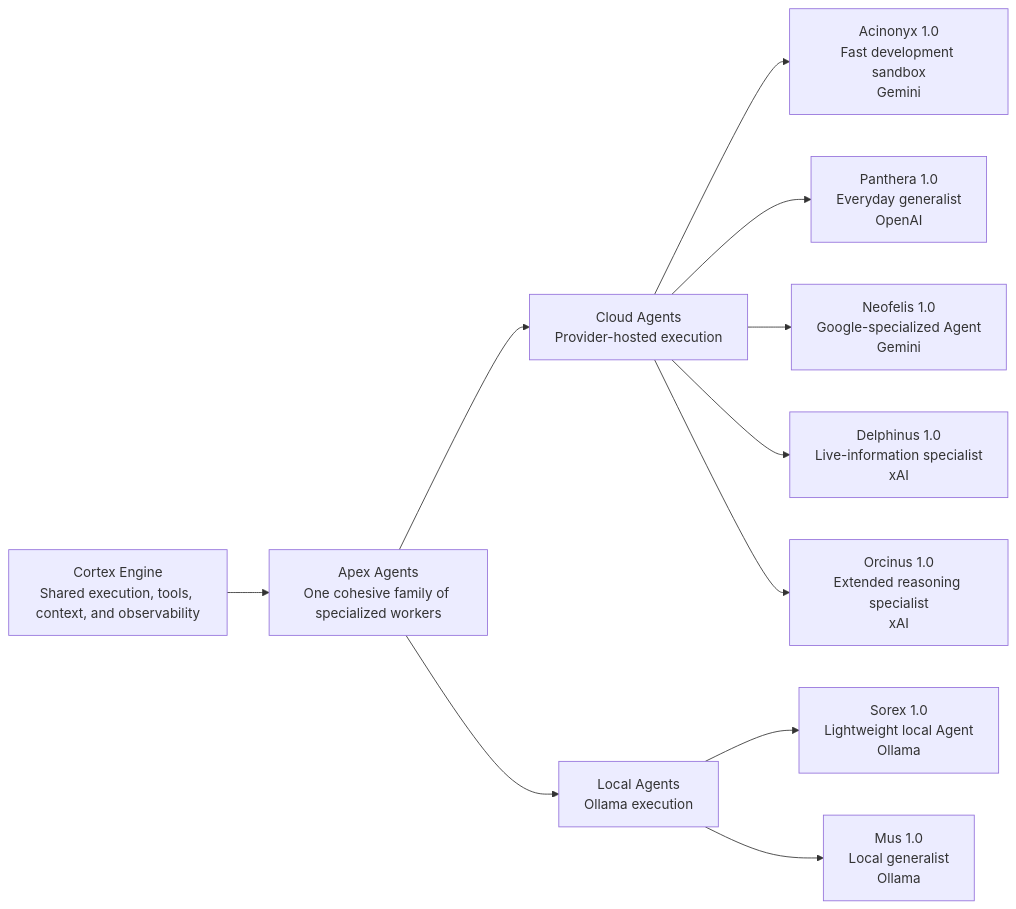
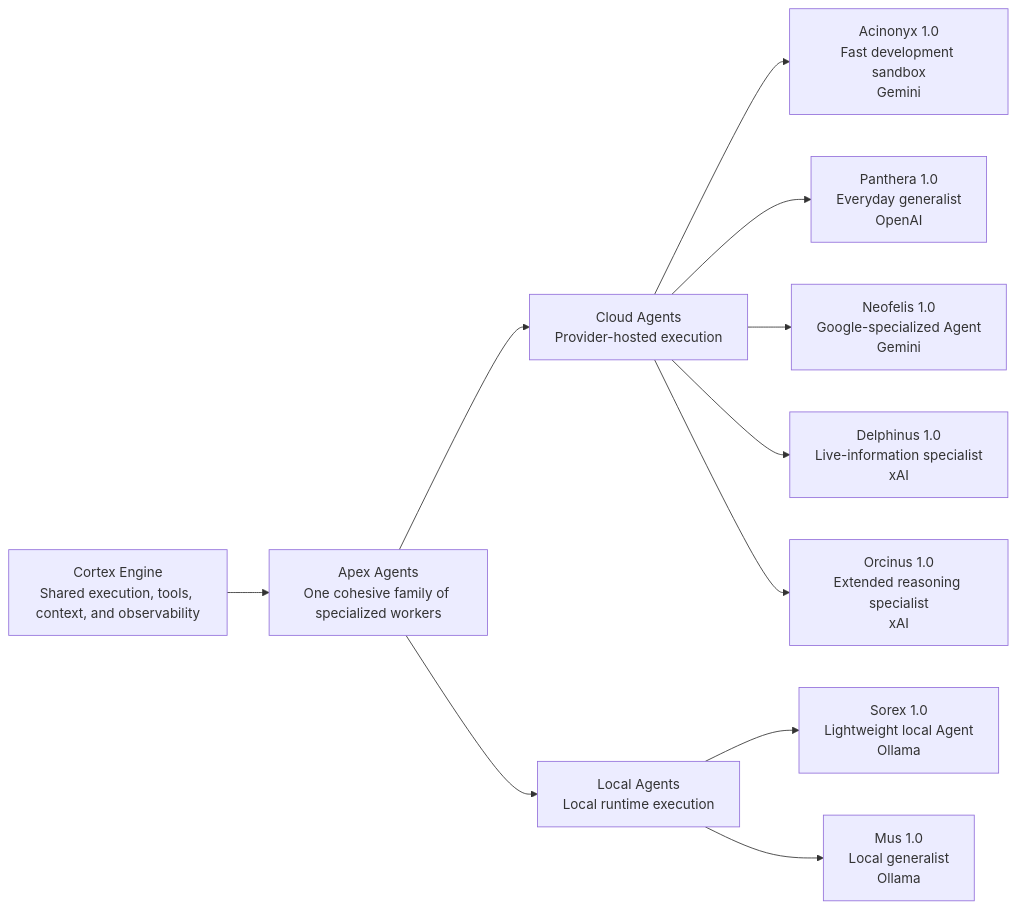
One commit to edumarcano/APEX changed the diagram in docs/identity-and-naming.md. Above: the diagram before and after it, drawn with Mermaid. The commit also changed 48 other files, not shown here.

First line of the commit message:
feat: implement provider-neutral local runtime coordinator and Ollama lifecycle management (#308)

````diff
--- a/docs/identity-and-naming.md
+++ b/docs/identity-and-naming.md
@@ -134,21 +134,21 @@
 ```mermaid
 flowchart LR
     ENGINE["Cortex Engine<br/>Shared execution, tools, context, and observability"]
     FAMILY["Apex Agents<br/>One cohesive family of specialized workers"]
 
     CLOUD["Cloud Agents<br/>Provider-hosted execution"]
-    LOCAL["Local Agents<br/>Ollama execution"]
+    LOCAL["Local Agents<br/>Local runtime execution"]
 
     ENGINE --> FAMILY
     FAMILY --> CLOUD
     FAMILY --> LOCAL
 
     CLOUD --> ACINONYX["Acinonyx 1.0<br/>Fast development sandbox<br/>Gemini"]
     CLOUD --> PANTHERA["Panthera 1.0<br/>Everyday generalist<br/>OpenAI"]
     CLOUD --> NEOFELIS["Neofelis 1.0<br/>Google-specialized Agent<br/>Gemini"]
     CLOUD --> DELPHINUS["Delphinus 1.0<br/>Live-information specialist<br/>xAI"]
     CLOUD --> ORCINUS["Orcinus 1.0<br/>Extended reasoning specialist<br/>xAI"]
 
     LOCAL --> SOREX["Sorex 1.0<br/>Lightweight local Agent<br/>Ollama"]
     LOCAL --> MUS["Mus 1.0<br/>Local generalist<br/>Ollama"]
 ```
````
